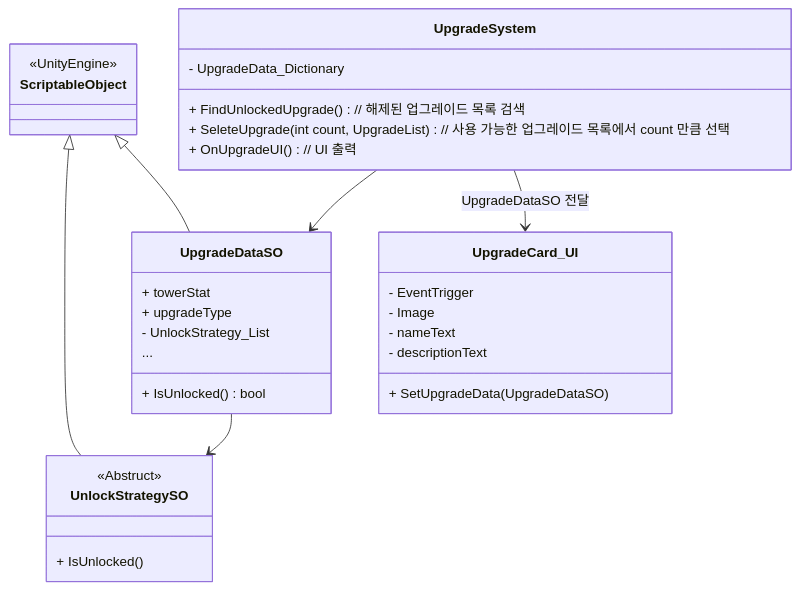
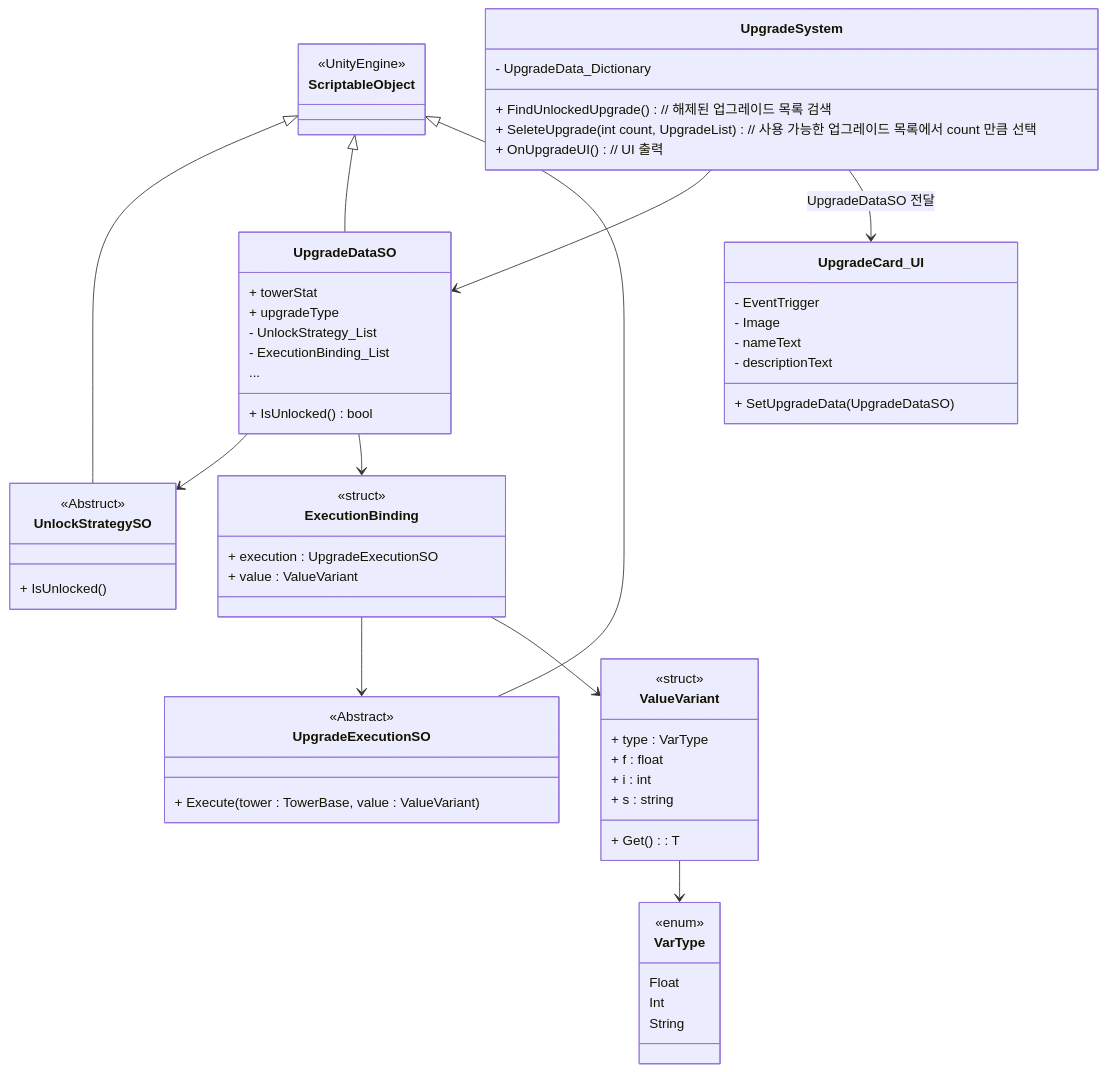
Before and after one commit to HyunWoo-Jo/ProjectHS: the diagram in _Doc/DevelopmentLog_25_6.md, drawn with Mermaid.

````diff
--- a/_Doc/DevelopmentLog_25_6.md
+++ b/_Doc/DevelopmentLog_25_6.md
@@ -24,41 +24,74 @@
 ```mermaid
 classDiagram
 class ScriptableObject {
   <<UnityEngine>>
 }
 %% 조건을 정의
 class UnlockStrategySO {
     <<Abstruct>> 
     + IsUnlocked()
 }
 
 class UpgradeDataSO {
   + towerStat
   + upgradeType
   - UnlockStrategy_List
+  - ExecutionBinding_List
   ...
   + IsUnlocked() bool
 }
 
 class UpgradeCard_UI{
   - EventTrigger
   - Image
   - nameText
   - descriptionText
   + SetUpgradeData(UpgradeDataSO)
 }
 
 class UpgradeSystem {
   - UpgradeData_Dictionary
   + FindUnlockedUpgrade() // 해제된 업그레이드 목록 검색
   + SeleteUpgrade(int count, UpgradeList) // 사용 가능한 업그레이드 목록에서 count 만큼 선택
   + OnUpgradeUI() // UI 출력  
 }
 UpgradeDataSO -- > UnlockStrategySO
 ScriptableObject <|-- UnlockStrategySO
 ScriptableObject <|-- UpgradeDataSO
 
 UpgradeSystem --> UpgradeDataSO
 UpgradeSystem --> UpgradeCard_UI : UpgradeDataSO 전달
 
+class UpgradeExecutionSO {
+    <<Abstract>>
+    + Execute(tower : TowerBase, value : ValueVariant)
+}
+
+class ExecutionBinding {
+    <<struct>>
+    + execution : UpgradeExecutionSO
+    + value : ValueVariant
+}
+
+class ValueVariant {
+    <<struct>>
+    + type : VarType
+    + f : float
+    + i : int
+    + s : string
+    + Get\<T>() : T
+}
+
+class VarType {
+    <<enum>>
+    Float
+    Int
+    String
+}
+
+ScriptableObject <|-- UpgradeExecutionSO
+UpgradeDataSO --> ExecutionBinding
+ExecutionBinding --> UpgradeExecutionSO
+ExecutionBinding --> ValueVariant
+ValueVariant --> VarType
 ```
````
